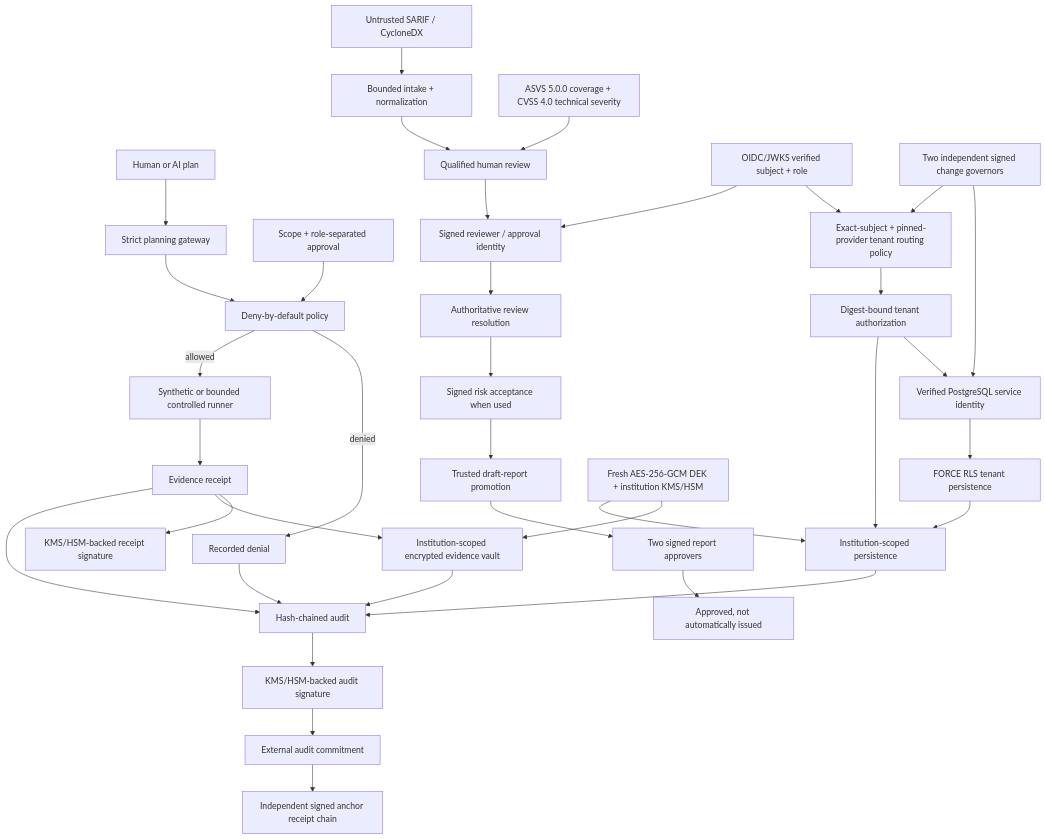
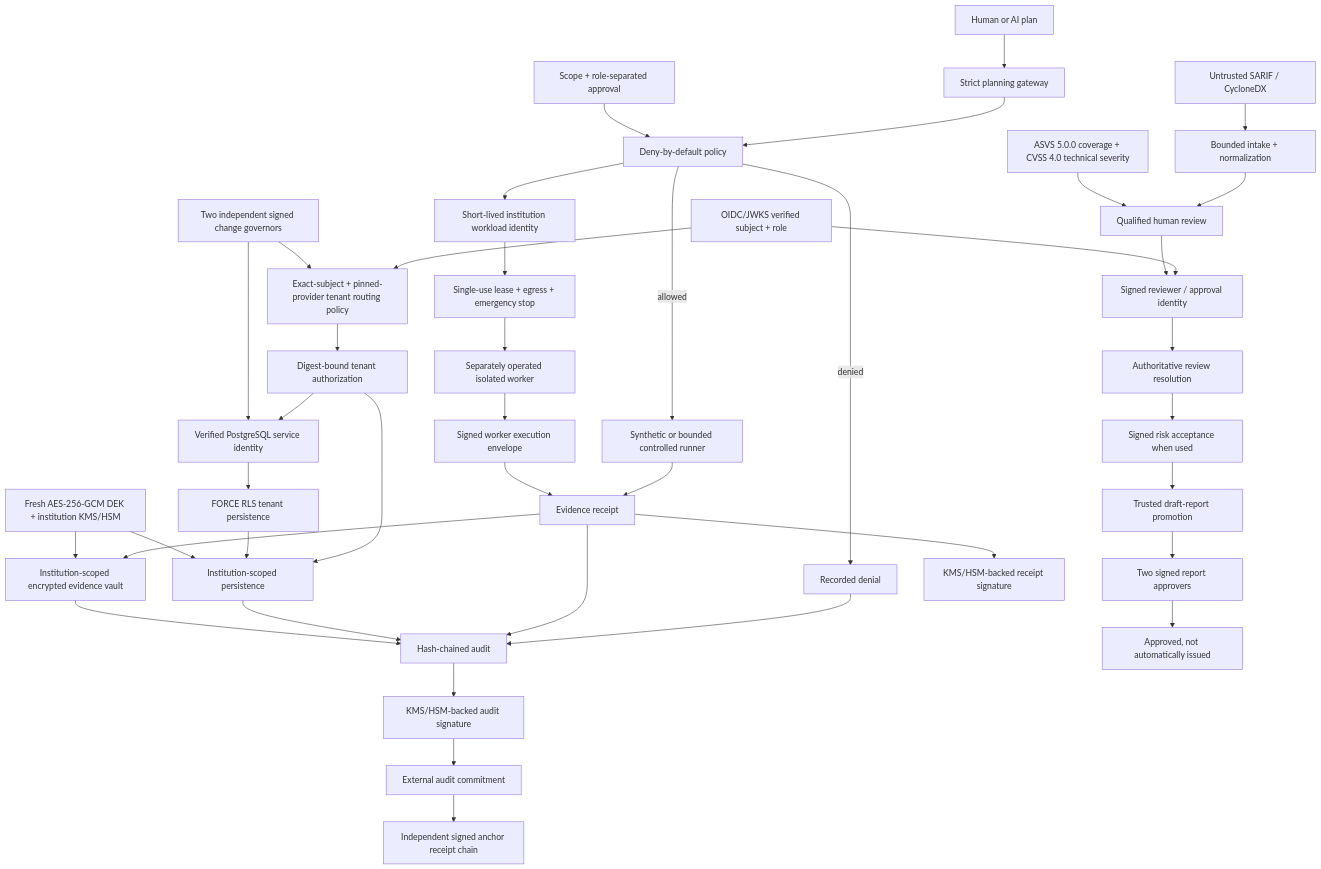
The diagram in README.md (bilgekayali/finredops), drawn with Mermaid before and after one commit. The commit also changed other lines of this file and 15 other files, not shown here.

First line of the commit message:
feat: FinRedOps v0.9.2 isolated workload execution (#24)

````diff
--- a/README.md
+++ b/README.md
@@ -46,38 +47,43 @@
 ```mermaid
 flowchart TD
     A["Human or AI plan"] --> B["Strict planning gateway"]
     B --> C["Deny-by-default policy"]
     D["Scope + role-separated approval"] --> C
     C -->|allowed| E["Synthetic or bounded controlled runner"]
     C -->|denied| F["Recorded denial"]
     E --> G["Evidence receipt"]
+    C --> WI["Short-lived institution workload identity"]
+    WI --> WL["Single-use lease + egress + emergency stop"]
+    WL --> WX["Separately operated isolated worker"]
+    WX --> WS["Signed worker execution envelope"]
+    WS --> G
     F --> H["Hash-chained audit"]
     G --> H
     G --> VV["Institution-scoped encrypted evidence vault"]
     I["Untrusted SARIF / CycloneDX"] --> J["Bounded intake + normalization"]
     J --> K["Qualified human review"]
     AS["ASVS 5.0.0 coverage + CVSS 4.0 technical severity"] --> K
     O["OIDC/JWKS verified subject + role"] --> L["Signed reviewer / approval identity"]
     K --> L
     L --> N["Authoritative review resolution"]
     N --> R["Signed risk acceptance when used"]
     R --> M["Trusted draft-report promotion"]
     M --> P["Two signed report approvers"]
     P --> Q["Approved, not automatically issued"]
     O --> W["Exact-subject + pinned-provider tenant routing policy"]
     CC["Two independent signed change governors"] --> W
     W --> X["Digest-bound tenant authorization"]
     X --> S["Institution-scoped persistence"]
     X --> Y["Verified PostgreSQL service identity"]
     CC --> Y
     Y --> Z["FORCE RLS tenant persistence"]
     Z --> S
     S --> H
     T["Fresh AES-256-GCM DEK + institution KMS/HSM"] --> S
     T --> VV
     VV --> H
     H --> U["KMS/HSM-backed audit signature"]
     U --> AA["External audit commitment"]
     AA --> AB["Independent signed anchor receipt chain"]
     G --> V["KMS/HSM-backed receipt signature"]
 ```
````
